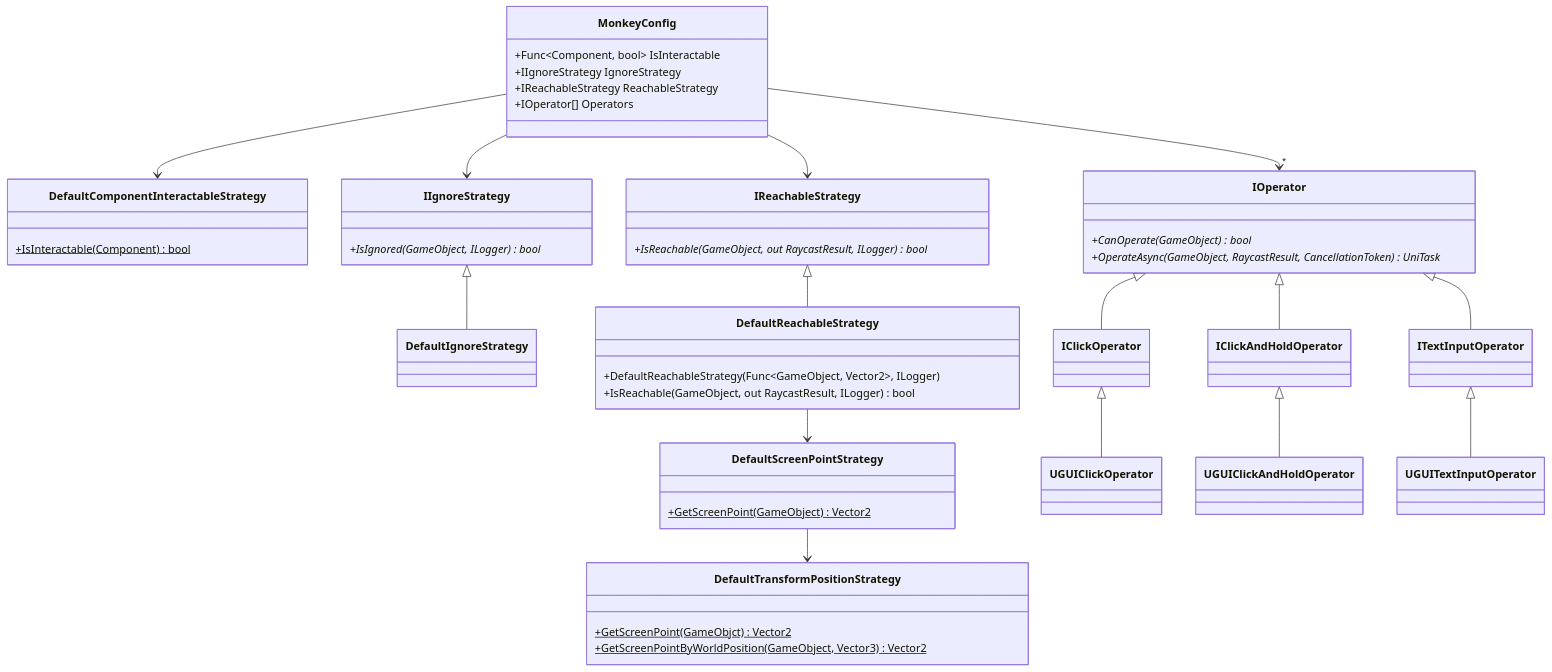
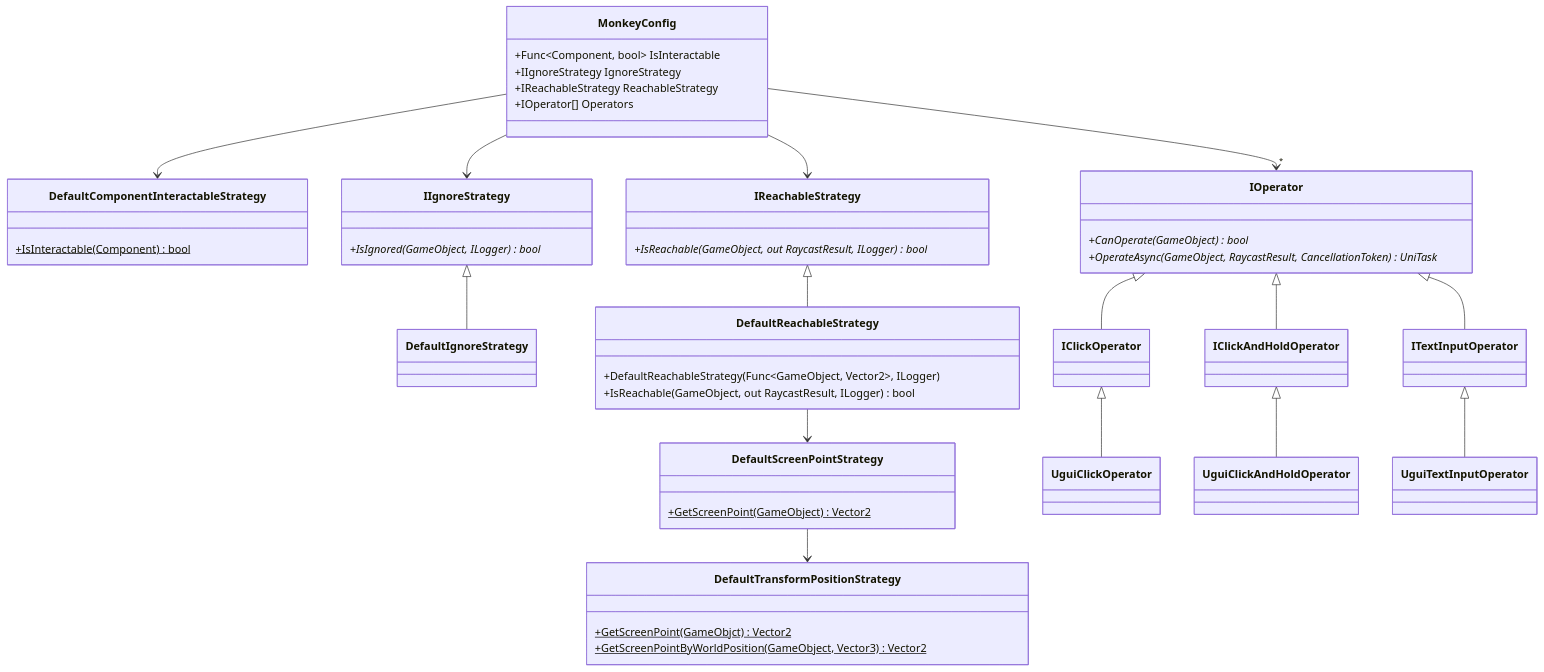
Before and after one commit to nowsprinting/test-helper.ui: the diagram in README.md, drawn with Mermaid. The commit also changed other lines of this file and 29 other files, not shown here.

````diff
--- a/README.md
+++ b/README.md
@@ -74,61 +74,61 @@
 ```mermaid
 classDiagram
     class MonkeyConfig {
         +Func&lt;Component, bool&gt; IsInteractable
         +IIgnoreStrategy IgnoreStrategy
         +IReachableStrategy ReachableStrategy
         +IOperator[] Operators
     }
 
     MonkeyConfig --> DefaultComponentInteractableStrategy
 
     class DefaultComponentInteractableStrategy {
         +IsInteractable(Component) bool$
     }
 
     MonkeyConfig --> IIgnoreStrategy
     IIgnoreStrategy <|-- DefaultIgnoreStrategy
 
     class IIgnoreStrategy {
         +IsIgnored(GameObject, ILogger) bool*
     }
 
     MonkeyConfig --> IReachableStrategy
     IReachableStrategy <|-- DefaultReachableStrategy
     DefaultReachableStrategy --> DefaultScreenPointStrategy
     DefaultScreenPointStrategy --> DefaultTransformPositionStrategy
 
     class IReachableStrategy {
         +IsReachable(GameObject, out RaycastResult, ILogger) bool*
     }
 
     class DefaultReachableStrategy {
         +DefaultReachableStrategy(Func&lt;GameObject, Vector2&gt;, ILogger)
         +IsReachable(GameObject, out RaycastResult, ILogger) bool
     }
 
     class DefaultScreenPointStrategy {
         +GetScreenPoint(GameObject) Vector2$
     }
 
     class DefaultTransformPositionStrategy {
         +GetScreenPoint(GameObjct) Vector2$
         +GetScreenPointByWorldPosition(GameObject, Vector3) Vector2$
     }
 
     MonkeyConfig --> "*" IOperator
 
     class IOperator {
         +CanOperate(GameObject) bool*
         +OperateAsync(GameObject, RaycastResult, CancellationToken) UniTask*
     }
 
     IOperator <|-- IClickOperator
-    IClickOperator <|-- UGUIClickOperator
+    IClickOperator <|-- UguiClickOperator
 
     IOperator <|-- IClickAndHoldOperator
-    IClickAndHoldOperator <|-- UGUIClickAndHoldOperator
+    IClickAndHoldOperator <|-- UguiClickAndHoldOperator
 
     IOperator <|-- ITextInputOperator
-    ITextInputOperator <|-- UGUITextInputOperator
+    ITextInputOperator <|-- UguiTextInputOperator
 ```
````
